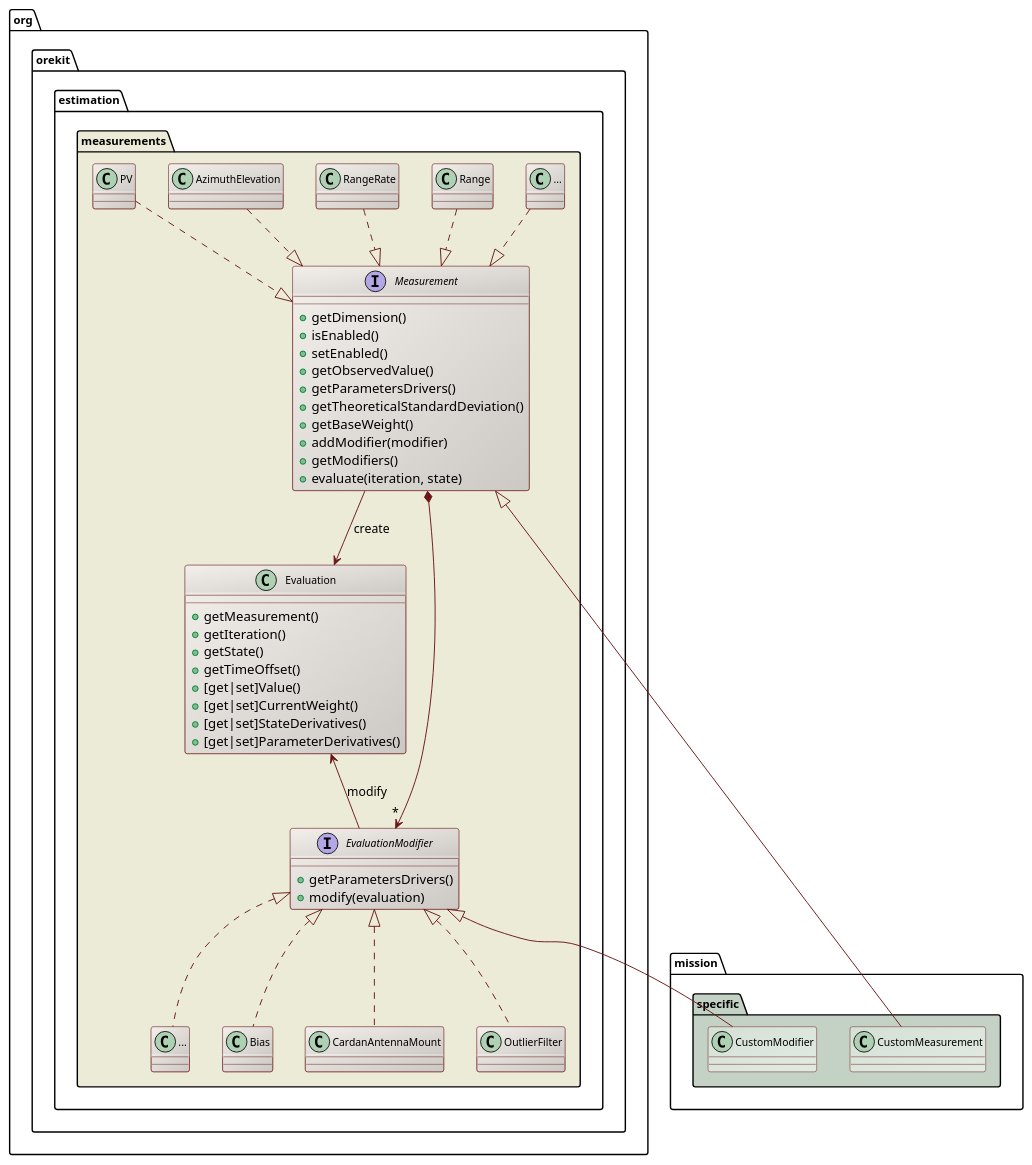
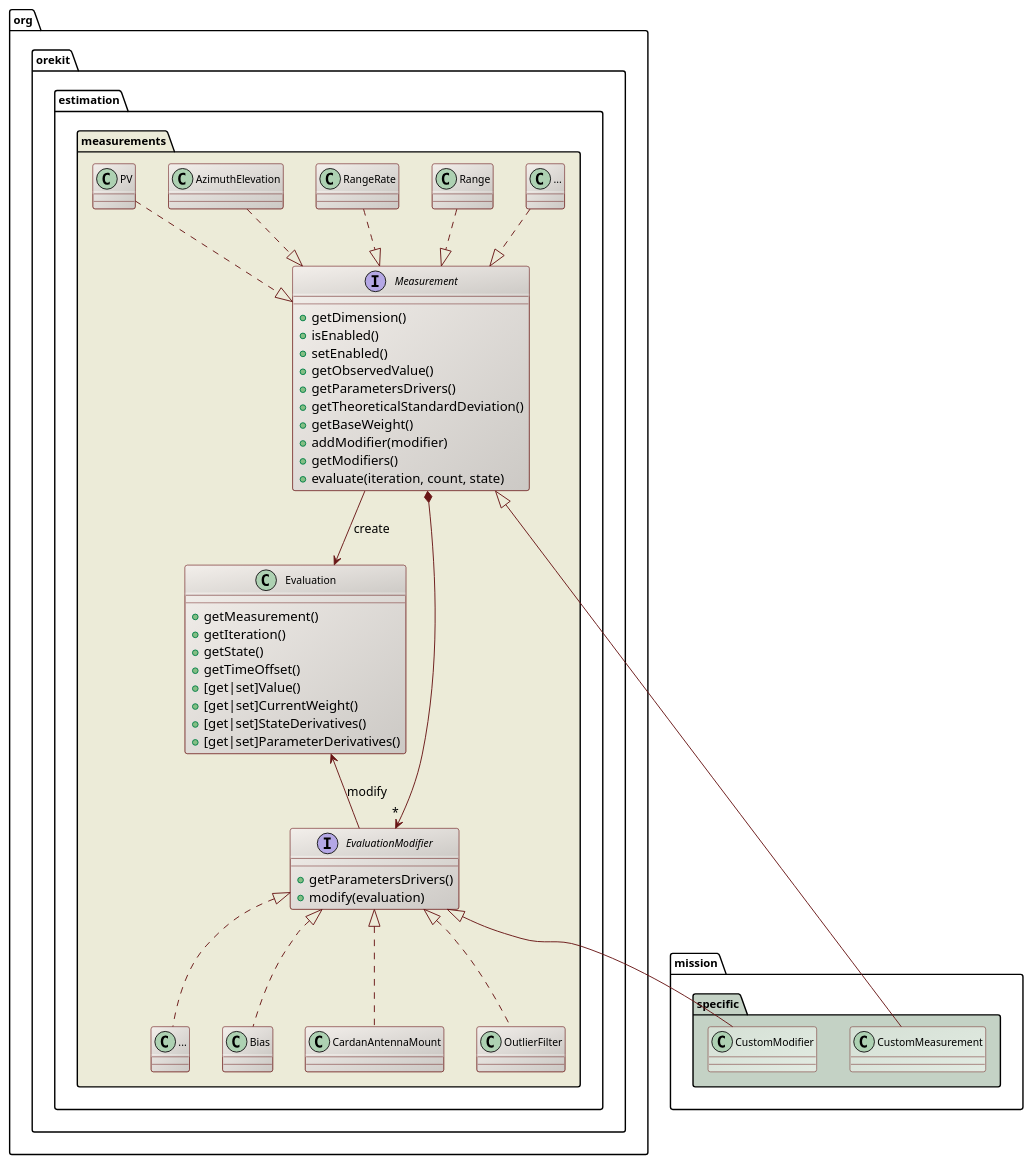
The diagram in src/design/orbit-determination-measurements-class-diagram.puml (CS-SI/Orekit), drawn with PlantUML before and after one commit. The commit also changed 10 other files, not shown here.

```diff
--- a/src/design/orbit-determination-measurements-class-diagram.puml
+++ b/src/design/orbit-determination-measurements-class-diagram.puml
@@ -17,69 +17,69 @@
 @startuml
 
   skinparam svek                  true
   skinparam ClassBackgroundColor  #F3EFEB/CCC9C5
   skinparam ClassArrowColor       #691616
   skinparam ClassBorderColor      #691616
   skinparam NoteBackgroundColor   #F3EFEB
   skinparam NoteBorderColor       #691616
   skinparam NoteFontColor         #691616
   skinparam ClassFontSize         11
   skinparam PackageFontSize       12
 
   package org.orekit.estimation.measurements #ECEBD8 {
 
     interface Measurement {
       +getDimension()
       +isEnabled()
       +setEnabled()
       +getObservedValue()
       +getParametersDrivers()
       +getTheoreticalStandardDeviation()
       +getBaseWeight()
       +addModifier(modifier)
       +getModifiers()
-      +evaluate(iteration, state)
+      +evaluate(iteration, count, state)
     }
     
     class Evaluation {
       +getMeasurement()
       +getIteration()
       +getState()
       +getTimeOffset()
       +[get|set]Value()
       +[get|set]CurrentWeight()
       +[get|set]StateDerivatives()
       +[get|set]ParameterDerivatives()
     }
     
     interface EvaluationModifier {
       +getParametersDrivers()
       +modify(evaluation)
     }
     
     class "..." as OtherModifier
     
     Measurement *--> "*" EvaluationModifier
     Measurement --> Evaluation : create
     Evaluation <-- EvaluationModifier : modify
     class "..." as OtherMeasurement
     OtherMeasurement   ..|> Measurement
     Range              ..|> Measurement
     RangeRate          ..|> Measurement
     AzimuthElevation   ..|> Measurement
     PV                 ..|> Measurement
     EvaluationModifier <|.. Bias
     EvaluationModifier <|.. CardanAntennaMount
     EvaluationModifier <|.. OutlierFilter
     EvaluationModifier <|.. OtherModifier
 
   }
 
   package mission.specific #C4D2C5 {
     class CustomModifier #D5E0D5/E2EBE2
     class CustomMeasurement #D5E0D5/E2EBE2
     Measurement <|-- CustomMeasurement
     EvaluationModifier <|-- CustomModifier
   }
 
 @enduml
```
